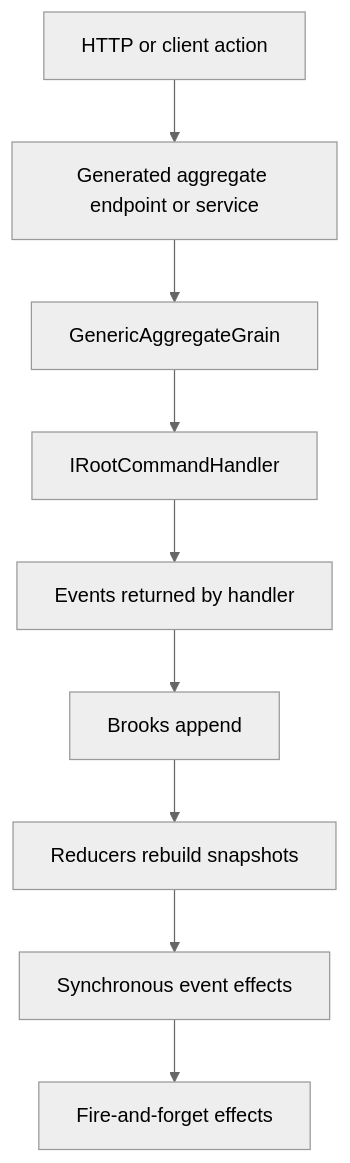
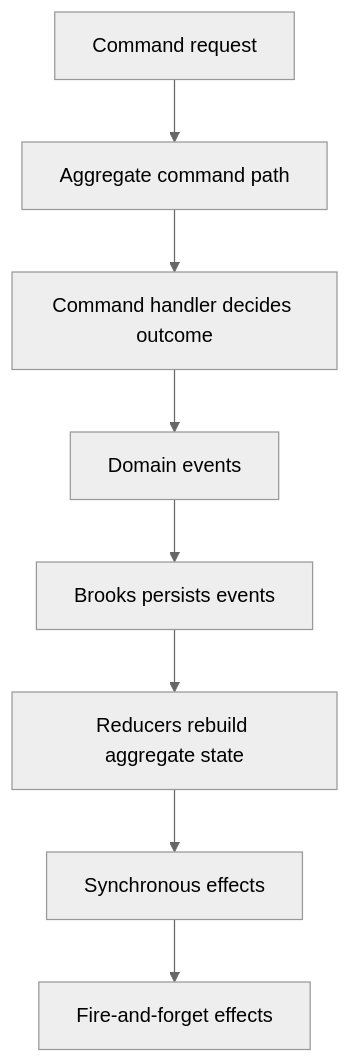
Before and after one commit to Gibbs-Morris/mississippi: the diagram in docs/Docusaurus/docs/concepts/write-model.md, drawn with Mermaid (neutral theme). The commit also changed other lines of this file and 2 other files, not shown here.

````diff
--- a/docs/Docusaurus/docs/concepts/write-model.md
+++ b/docs/Docusaurus/docs/concepts/write-model.md
@@ -38,11 +38,10 @@
 ```mermaid
 flowchart TB
-    A[HTTP or client action] --> B[Generated aggregate endpoint or service]
-    B --> C[GenericAggregateGrain]
-    C --> D[IRootCommandHandler]
-    D --> E[Events returned by handler]
-    E --> F[Brooks append]
-    F --> G[Reducers rebuild snapshots]
-    G --> H[Synchronous event effects]
-    H --> I[Fire-and-forget effects]
+    A[Command request] --> B[Aggregate command path]
+    B --> C[Command handler decides outcome]
+    C --> D[Domain events]
+    D --> E[Brooks persists events]
+    E --> F[Reducers rebuild aggregate state]
+    F --> G[Synchronous effects]
+    G --> H[Fire-and-forget effects]
 ```
````
